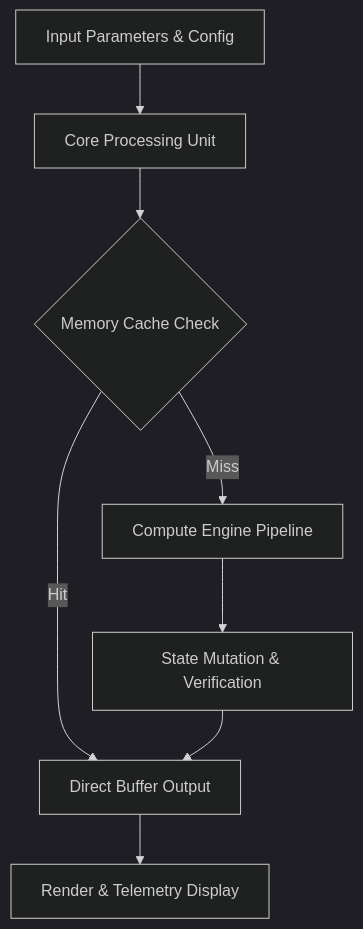
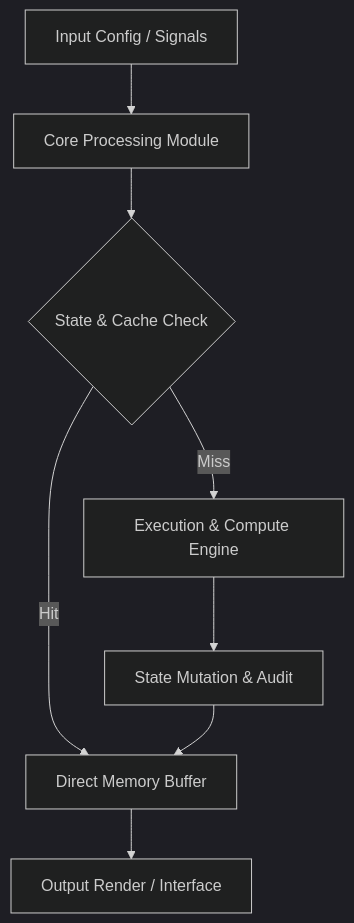
One commit to Jirnyak/oommf changed the diagram in README.md. Above: the diagram before and after it, drawn with Mermaid (dark theme). The commit also changed other lines of this file, not shown here.

````diff
--- a/README.md
+++ b/README.md
@@ -28,10 +28,10 @@
 ```mermaid
 graph TD
-    A[Input Parameters & Config] --> B[Core Processing Unit]
-    B --> C{Memory Cache Check}
-    C -- Hit --> D[Direct Buffer Output]
-    C -- Miss --> E[Compute Engine Pipeline]
-    E --> F[State Mutation & Verification]
+    A[Input Config / Signals] --> B[Core Processing Module]
+    B --> C{State & Cache Check}
+    C -- Hit --> D[Direct Memory Buffer]
+    C -- Miss --> E[Execution & Compute Engine]
+    E --> F[State Mutation & Audit]
     F --> D
-    D --> G[Render & Telemetry Display]
+    D --> G[Output Render / Interface]
 ```
````
